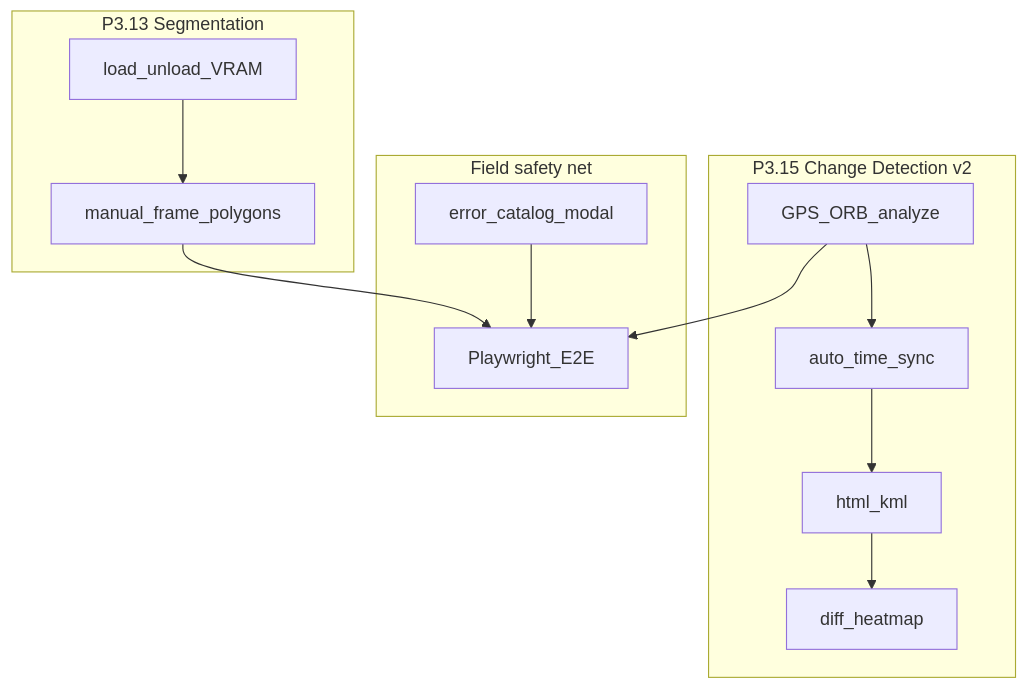
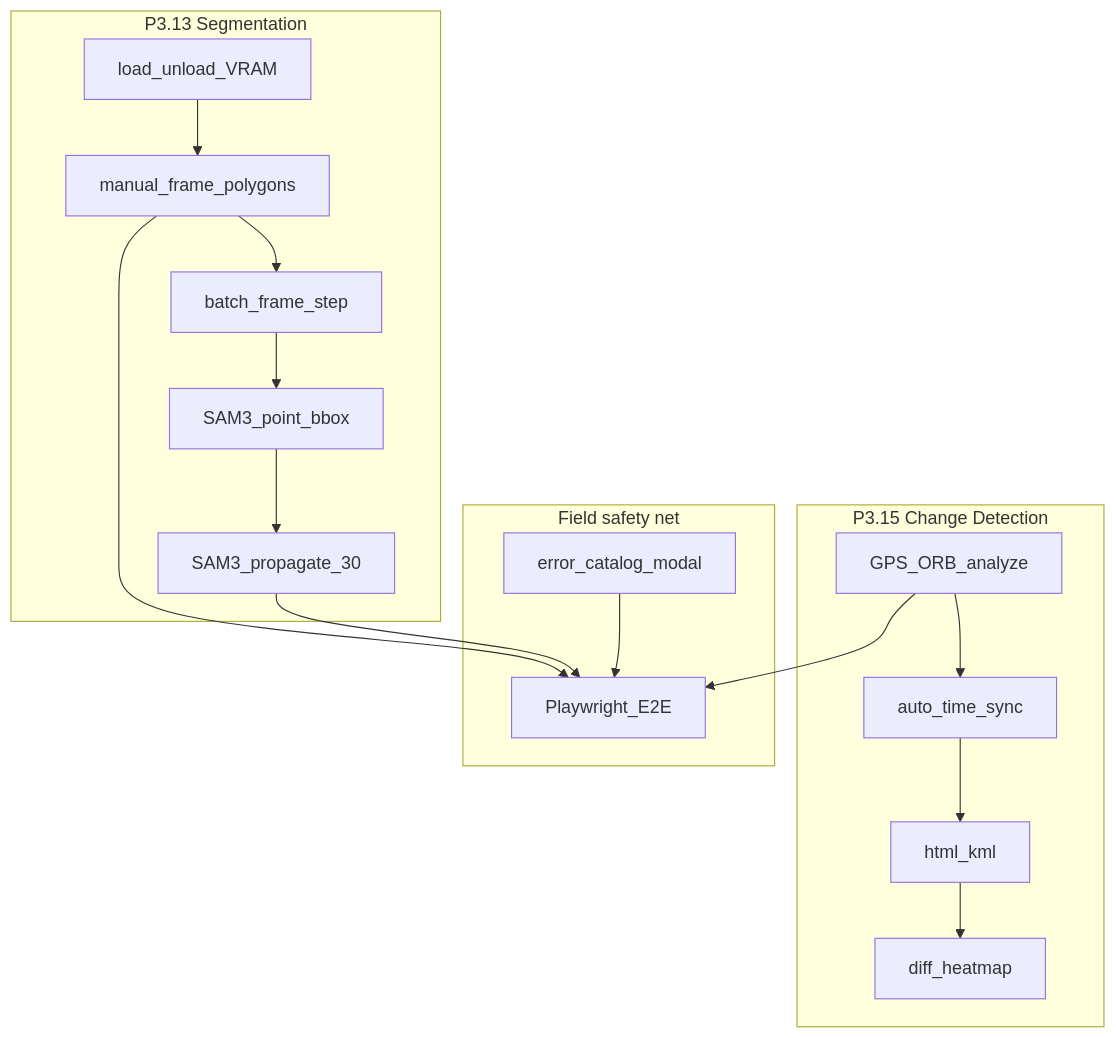
Before and after one commit to nmuravev/MuraveiVision-PRO: the diagram in docs/PHASE3_FINAL_RETRO.md, drawn with Mermaid. The commit also changed other lines of this file and 4 other files, not shown here.

Commit message:
docs: Final Phase 3/4 retrospective, roadmap cleanup, and architecture invariants update

````diff
--- a/docs/PHASE3_FINAL_RETRO.md
+++ b/docs/PHASE3_FINAL_RETRO.md
@@ -34,24 +38,31 @@
 ```mermaid
 flowchart TB
   subgraph p313 [P3.13 Segmentation]
     SegLoad[load_unload_VRAM]
     SegFrame[manual_frame_polygons]
+    Batch[batch_frame_step]
+    Sam3a[SAM3_point_bbox]
+    Sam3b[SAM3_propagate_30]
   end
-  subgraph p315 [P3.15 Change Detection v2]
+  subgraph p315 [P3.15 Change Detection]
     CD1[GPS_ORB_analyze]
     Sync[auto_time_sync]
     Export[html_kml]
     Heat[diff_heatmap]
   end
   subgraph safety [Field safety net]
     E2E[Playwright_E2E]
     Err[error_catalog_modal]
   end
   SegLoad --> SegFrame
+  SegFrame --> Batch
+  Batch --> Sam3a
+  Sam3a --> Sam3b
   CD1 --> Sync
   Sync --> Export
   Export --> Heat
+  SegFrame --> E2E
+  Sam3b --> E2E
   CD1 --> E2E
-  SegFrame --> E2E
   Err --> E2E
 ```
````
